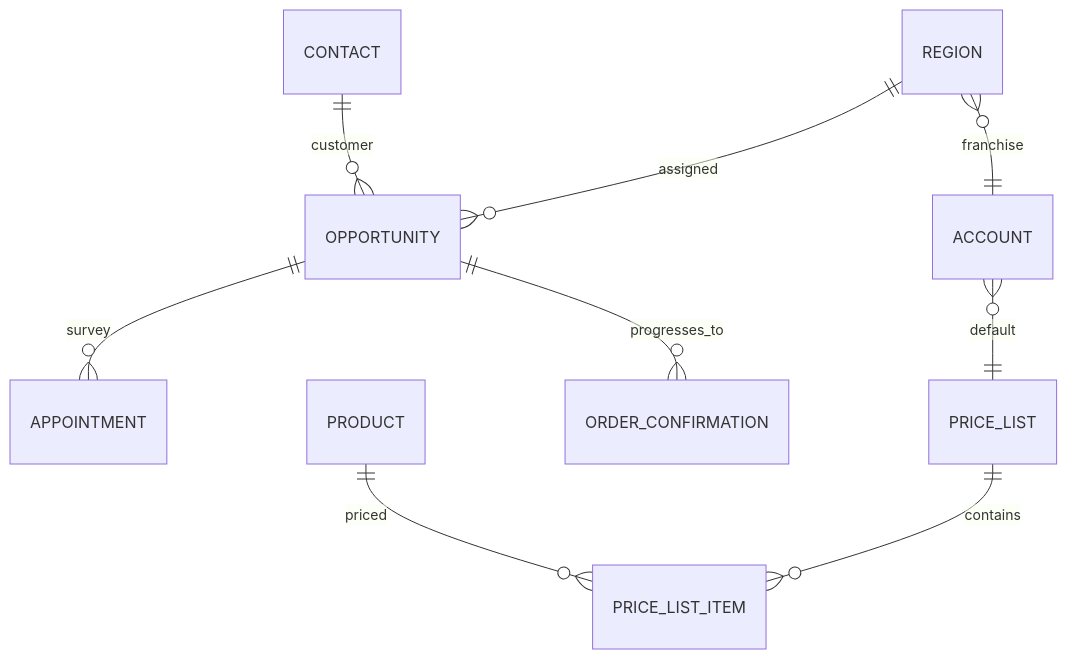
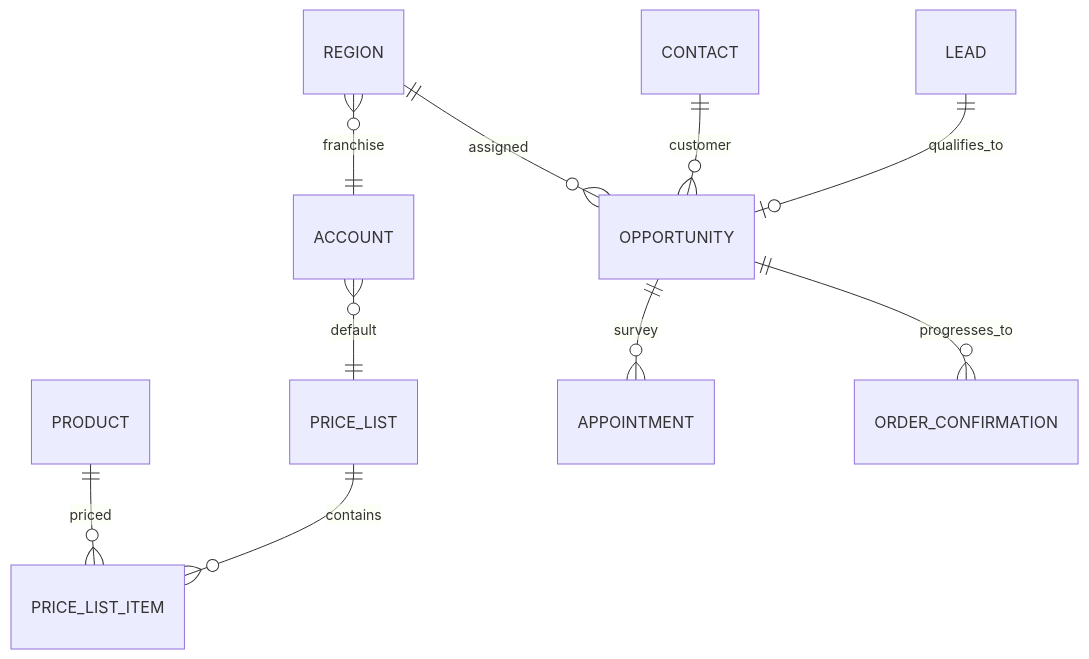
Before and after one commit to HolaTeamsKeyur/azure-survey-automation: the diagram in docs/DATAVERSE-CONTRACT.md, drawn with Mermaid. The commit also changed other lines of this file and 17 other files, not shown here.

````diff
--- a/docs/DATAVERSE-CONTRACT.md
+++ b/docs/DATAVERSE-CONTRACT.md
@@ -7,11 +7,12 @@
 ```mermaid
 erDiagram
+  LEAD ||--o| OPPORTUNITY : qualifies_to
   CONTACT ||--o{ OPPORTUNITY : customer
   REGION ||--o{ OPPORTUNITY : assigned
   REGION }o--|| ACCOUNT : franchise
   ACCOUNT }o--|| PRICE_LIST : default
   PRICE_LIST ||--o{ PRICE_LIST_ITEM : contains
   PRODUCT ||--o{ PRICE_LIST_ITEM : priced
   OPPORTUNITY ||--o{ APPOINTMENT : survey
   OPPORTUNITY ||--o{ ORDER_CONFIRMATION : progresses_to
 ```
````
